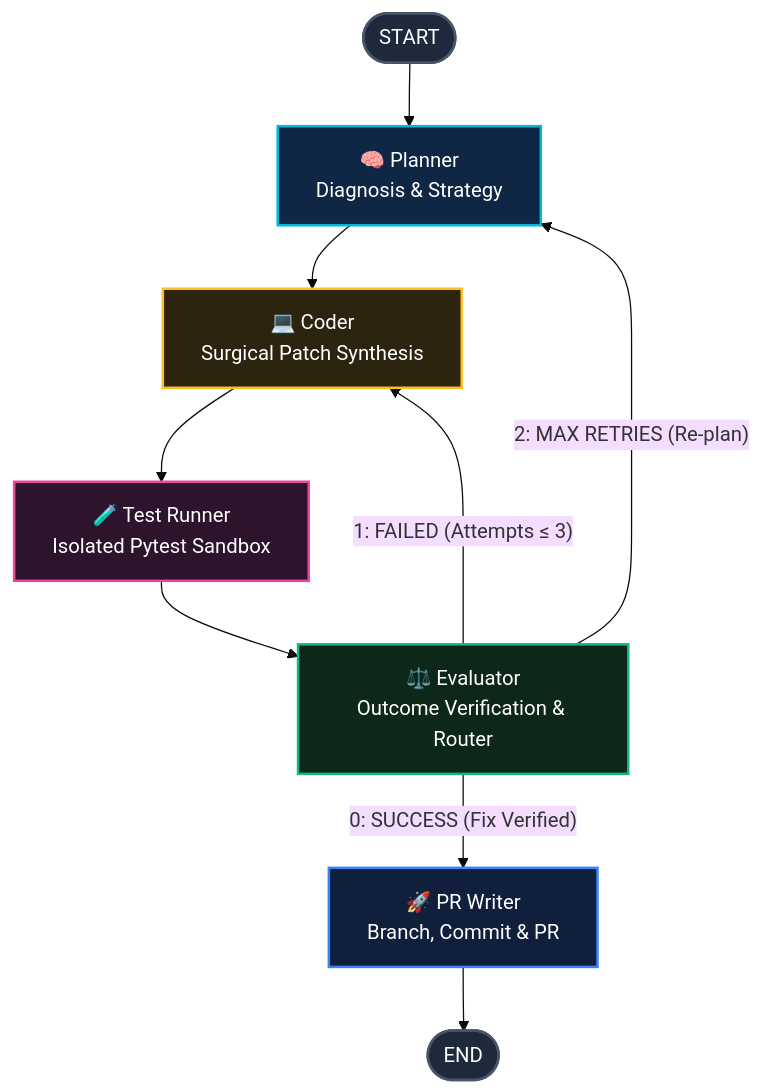
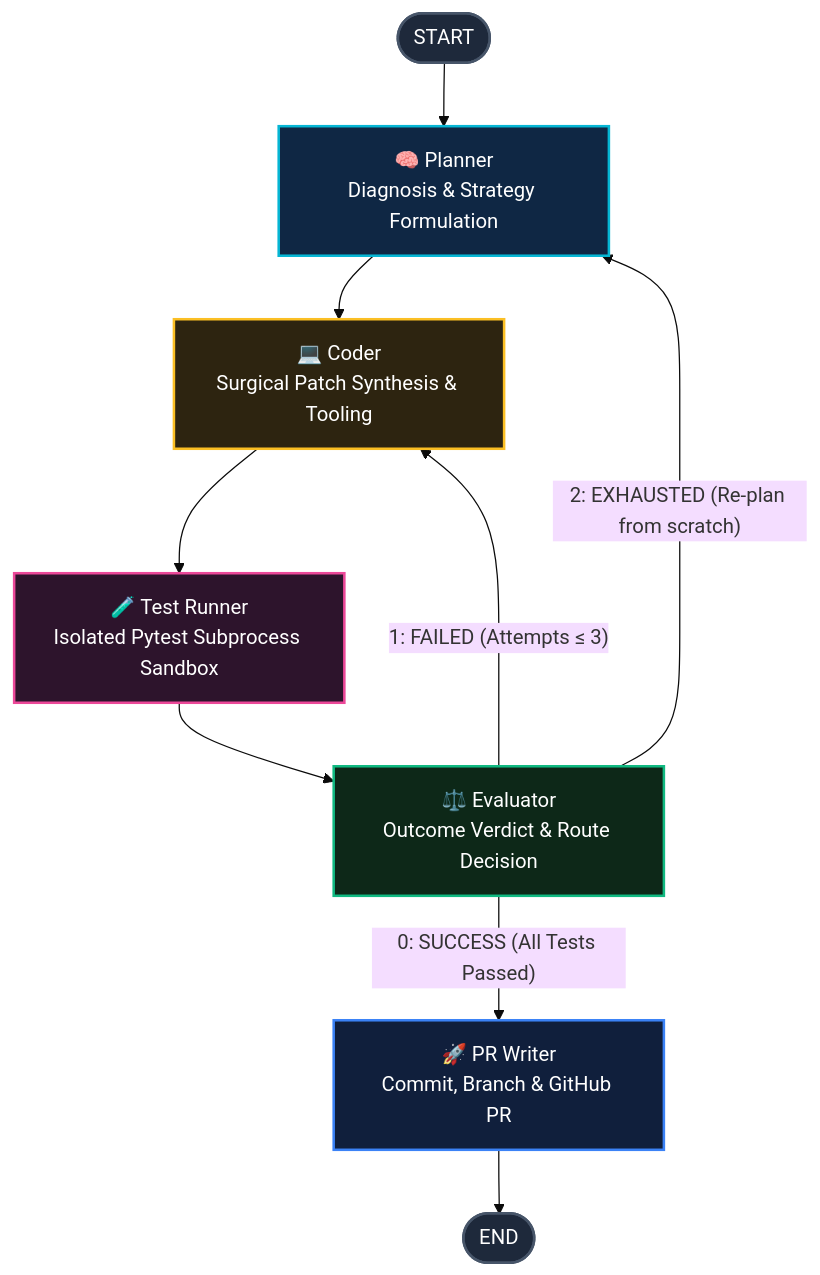
Before and after one commit to zaid-mian/bug-solver: the diagram in README.md, drawn with Mermaid (base theme). The commit also changed other lines of this file, not shown here.

Commit message:
docs: upgrade README to 10/10 technical showcase standard with terminal preview, architecture diagrams, and benchmark scorecard

````diff
--- a/README.md
+++ b/README.md
@@ -34,26 +93,26 @@
 ```mermaid
 graph TD
-    START([START]) --> Planner[🧠 Planner\nDiagnosis & Strategy]
-    Planner --> Coder[💻 Coder\nSurgical Patch Synthesis]
-    Coder --> Tester[🧪 Test Runner\nIsolated Pytest Sandbox]
-    Tester --> Evaluator[⚖️ Evaluator\nOutcome Verification & Router]
+    START([START]) --> Planner[🧠 Planner\nDiagnosis & Strategy Formulation]
+    Planner --> Coder[💻 Coder\nSurgical Patch Synthesis & Tooling]
+    Coder --> Tester[🧪 Test Runner\nIsolated Pytest Subprocess Sandbox]
+    Tester --> Evaluator[⚖️ Evaluator\nOutcome Verdict & Route Decision]
 
-    Evaluator -- "0: SUCCESS (Fix Verified)" --> PRWriter[🚀 PR Writer\nBranch, Commit & PR]
+    Evaluator -- "0: SUCCESS (All Tests Passed)" --> PRWriter[🚀 PR Writer\nCommit, Branch & GitHub PR]
     Evaluator -- "1: FAILED (Attempts &le; 3)" --> Coder
-    Evaluator -- "2: MAX RETRIES (Re-plan)" --> Planner
+    Evaluator -- "2: EXHAUSTED (Re-plan from scratch)" --> Planner
 
     PRWriter --> END([END])
 
     classDef default fill:#1e293b,stroke:#475569,stroke-width:2px,color:#fff;
     classDef cyan fill:#0f2744,stroke:#06b6d4,stroke-width:2px,color:#fff;
     classDef yellow fill:#2d2410,stroke:#fbbf24,stroke-width:2px,color:#fff;
     classDef magenta fill:#2d142c,stroke:#ec4899,stroke-width:2px,color:#fff;
     classDef green fill:#0d2818,stroke:#10b981,stroke-width:2px,color:#fff;
     classDef blue fill:#101f3c,stroke:#3b82f6,stroke-width:2px,color:#fff;
 
     class Planner cyan;
     class Coder yellow;
     class Tester magenta;
     class Evaluator green;
     class PRWriter blue;
 ```
````
